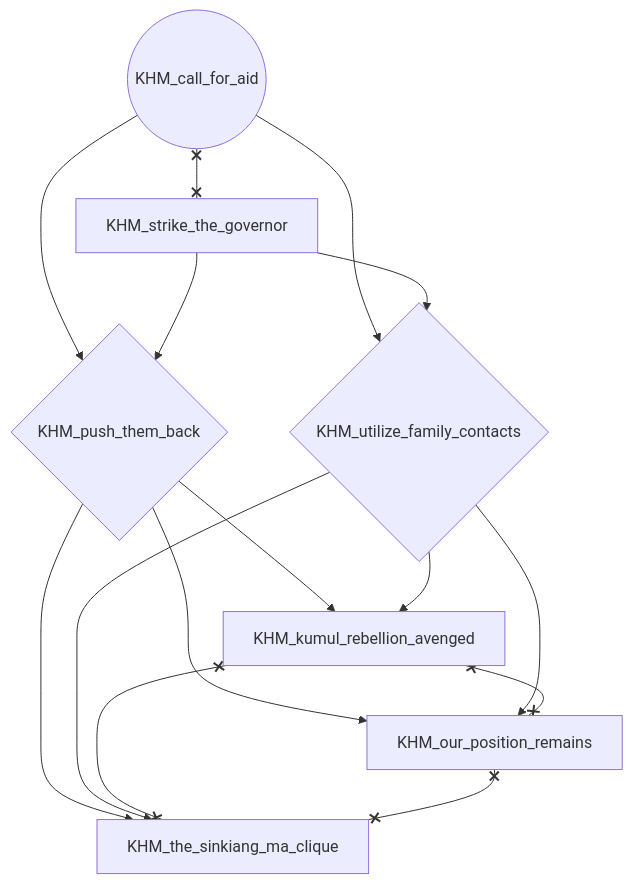
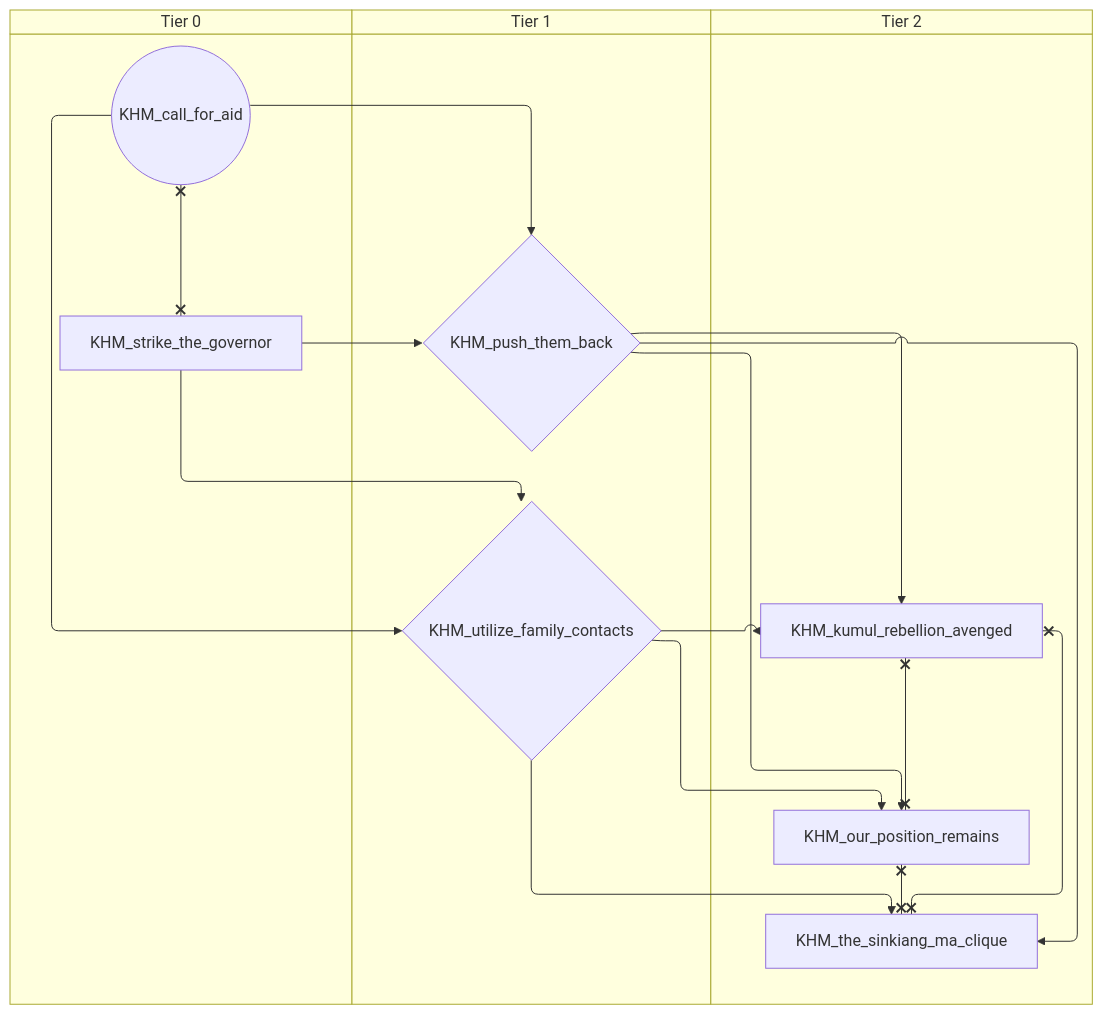
The fourth of 13 diagrams in docs/gdd/National Focuses/china_warlord_sea.md (evgeny-sobol/hoi4-sandbox-mode), drawn with Mermaid before and after one commit. The commit also changed other lines of this file and 80 other files, not shown here.

First line of the commit message:
Add swimlane mode to focus graph exporter

````diff
--- a/docs/gdd/National Focuses/china_warlord_sea.md
+++ b/docs/gdd/National Focuses/china_warlord_sea.md
@@ -200,24 +240,30 @@
 ```mermaid
-flowchart TD
-    n76(("KHM_call_for_aid"))
-    n77["KHM_kumul_rebellion_avenged"]
-    n78["KHM_our_position_remains"]
-    n79{"KHM_push_them_back"}
-    n80["KHM_strike_the_governor"]
-    n81["KHM_the_sinkiang_ma_clique"]
-    n82{"KHM_utilize_family_contacts"}
-    n79 --> n77
-    n82 --> n77
-    n79 --> n78
-    n82 --> n78
+swimlane-beta TD
+    subgraph tier_0["Tier 0"]
+        n76(("KHM_call_for_aid"))
+        n77["KHM_strike_the_governor"]
+    end
+    subgraph tier_1["Tier 1"]
+        n78{"KHM_push_them_back"}
+        n79{"KHM_utilize_family_contacts"}
+    end
+    subgraph tier_2["Tier 2"]
+        n80["KHM_kumul_rebellion_avenged"]
+        n81["KHM_our_position_remains"]
+        n82["KHM_the_sinkiang_ma_clique"]
+    end
+    n78 --> n80
+    n79 --> n80
+    n78 --> n81
+    n79 --> n81
+    n76 --> n78
+    n77 --> n78
+    n78 --> n82
+    n79 --> n82
     n76 --> n79
-    n80 --> n79
-    n79 --> n81
-    n82 --> n81
-    n76 --> n82
-    n80 --> n82
-    n76 x--x n80
-    n77 x--x n78
-    n77 x--x n81
-    n78 x--x n81
+    n77 --> n79
+    n76 x--x n77
+    n80 x--x n81
+    n80 x--x n82
+    n81 x--x n82
 ```
````
